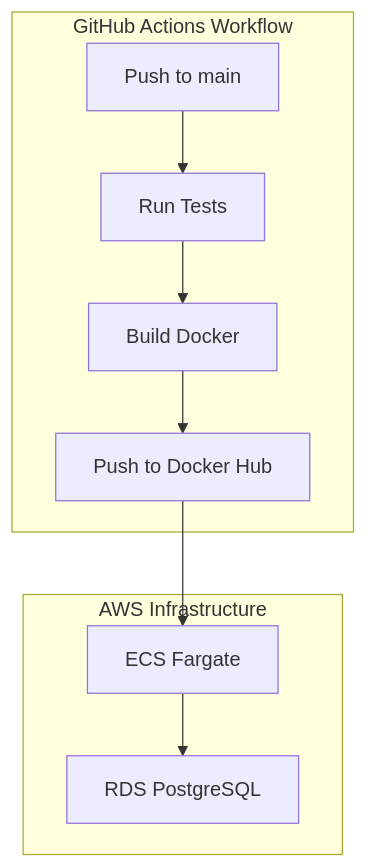
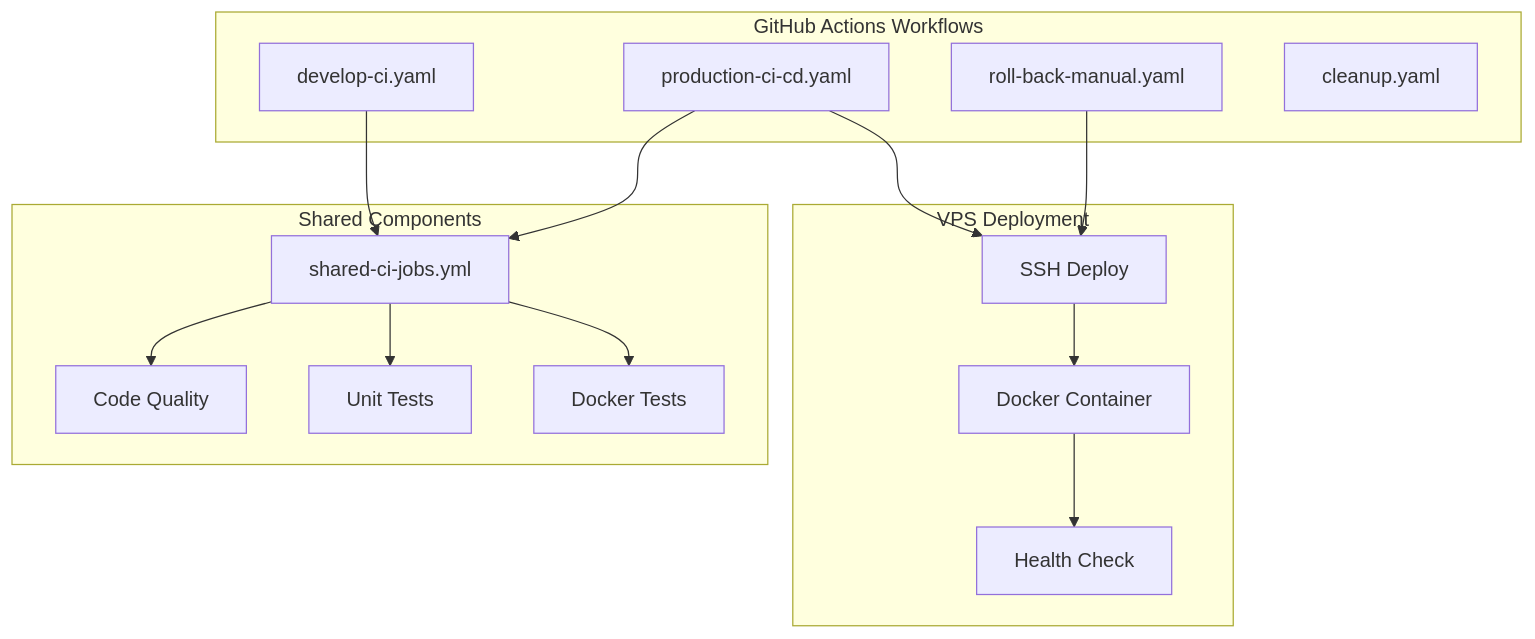
Before and after one commit to trungleviet-agilityio/backend-training: the second of 2 diagrams in docker-practice/docs/architecture/high-level-architecture.md, drawn with Mermaid. The commit also changed other lines of this file and 7 other files, not shown here.

Commit message:
refactor: update GitHub Actions workflows for VPS deployment and architecture docs

````diff
--- a/docker-practice/docs/architecture/high-level-architecture.md
+++ b/docker-practice/docs/architecture/high-level-architecture.md
@@ -80,20 +84,32 @@
 ```mermaid
 graph TB
-    subgraph "GitHub Actions Workflow"
-        TRIGGER[Push to main]
-        TEST[Run Tests]
-        BUILD[Build Docker]
-        PUSH[Push to Docker Hub]
+    subgraph "GitHub Actions Workflows"
+        DEVELOP[develop-ci.yaml]
+        PROD[production-ci-cd.yaml]
+        ROLLBACK[roll-back-manual.yaml]
+        CLEANUP[cleanup.yaml]
     end
 
-    subgraph "AWS Infrastructure"
-        ECS[ECS Fargate]
-        RDS[RDS PostgreSQL]
+    subgraph "Shared Components"
+        SHARED[shared-ci-jobs.yml]
+        LINT[Code Quality]
+        TESTS[Unit Tests]
+        DOCKER_TEST[Docker Tests]
     end
 
-    TRIGGER --> TEST
-    TEST --> BUILD
-    BUILD --> PUSH
-    PUSH --> ECS
-    ECS --> RDS
+    subgraph "VPS Deployment"
+        SSH[SSH Deploy]
+        CONTAINER[Docker Container]
+        HEALTH[Health Check]
+    end
+
+    DEVELOP --> SHARED
+    PROD --> SHARED
+    SHARED --> LINT
+    SHARED --> TESTS
+    SHARED --> DOCKER_TEST
+    PROD --> SSH
+    SSH --> CONTAINER
+    CONTAINER --> HEALTH
+    ROLLBACK --> SSH
 ```
````
